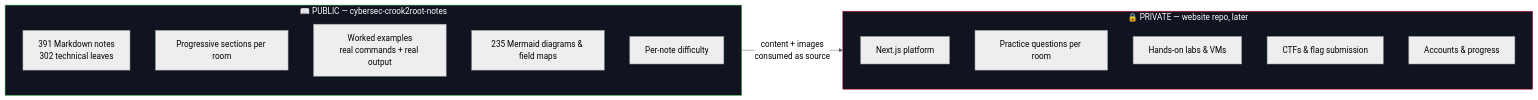
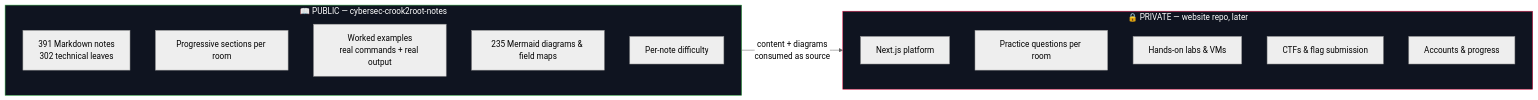
The first of 4 diagrams in docs/Crook2Root Master Blueprint.md (nnr-root/cybersec-crook2root-notes), drawn with Mermaid (neutral theme) before and after one commit. The commit also changed other lines of this file and 9 other files, not shown here.

````diff
--- a/docs/Crook2Root Master Blueprint.md
+++ b/docs/Crook2Root Master Blueprint.md
@@ -19,22 +19,22 @@
 ```mermaid
 flowchart LR
     subgraph PUB["📖 PUBLIC — cybersec-crook2root-notes"]
         direction TB
         P1["391 Markdown notes<br/>302 technical leaves"]
         P2["Progressive sections per room"]
         P3["Worked examples<br/>real commands + real output"]
         P4["235 Mermaid diagrams & field maps"]
         P5["Per-note difficulty"]
     end
     subgraph PRIV["🔒 PRIVATE — website repo, later"]
         direction TB
         W1["Next.js platform"]
         W2["Practice questions per room"]
         W3["Hands-on labs & VMs"]
         W4["CTFs & flag submission"]
         W5["Accounts & progress"]
     end
-    PUB -->|"content + images<br/>consumed as source"| PRIV
+    PUB -->|"content + diagrams<br/>consumed as source"| PRIV
     style PUB fill:#0f1420,stroke:#3CB44B,color:#fff
     style PRIV fill:#0f1420,stroke:#E6194B,color:#fff
 ```
````
